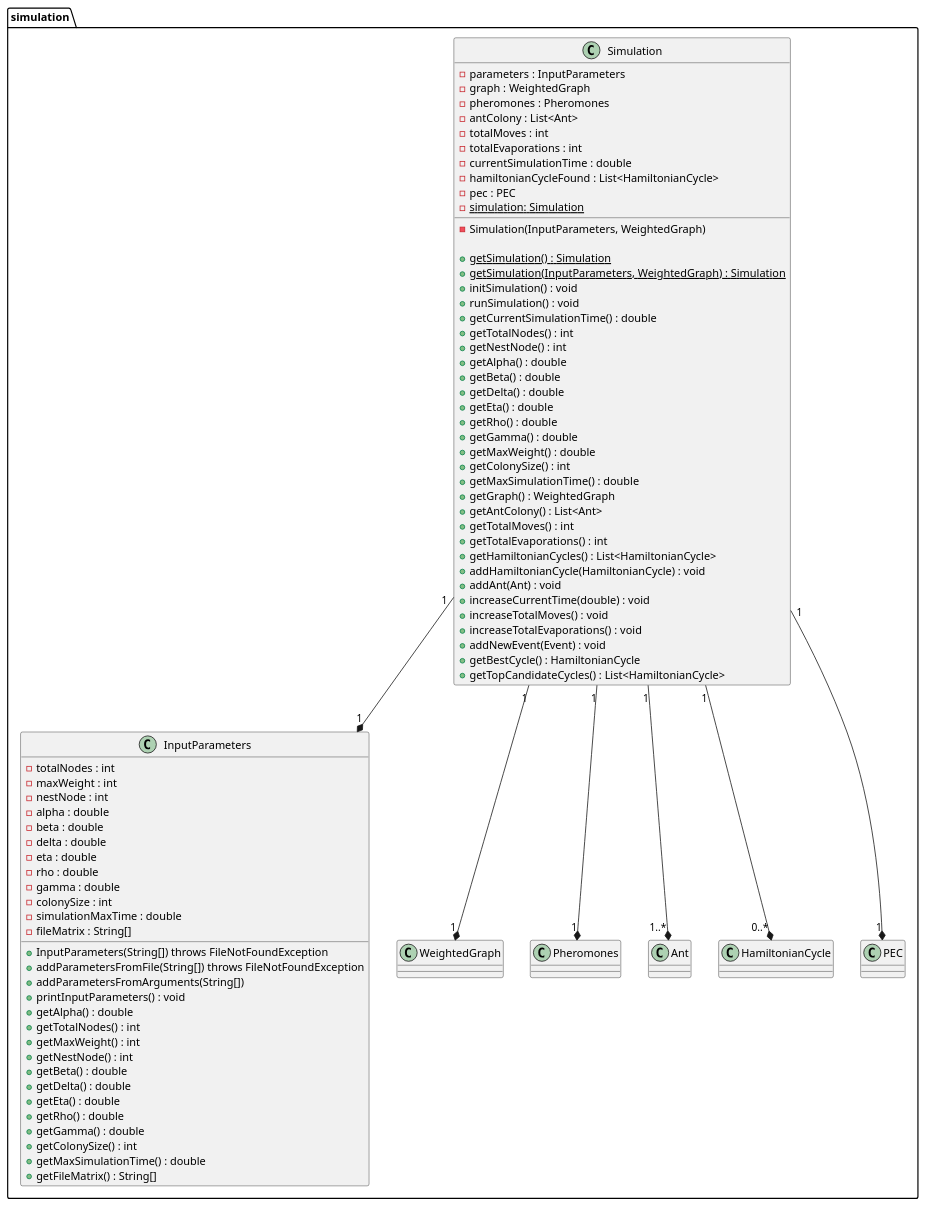
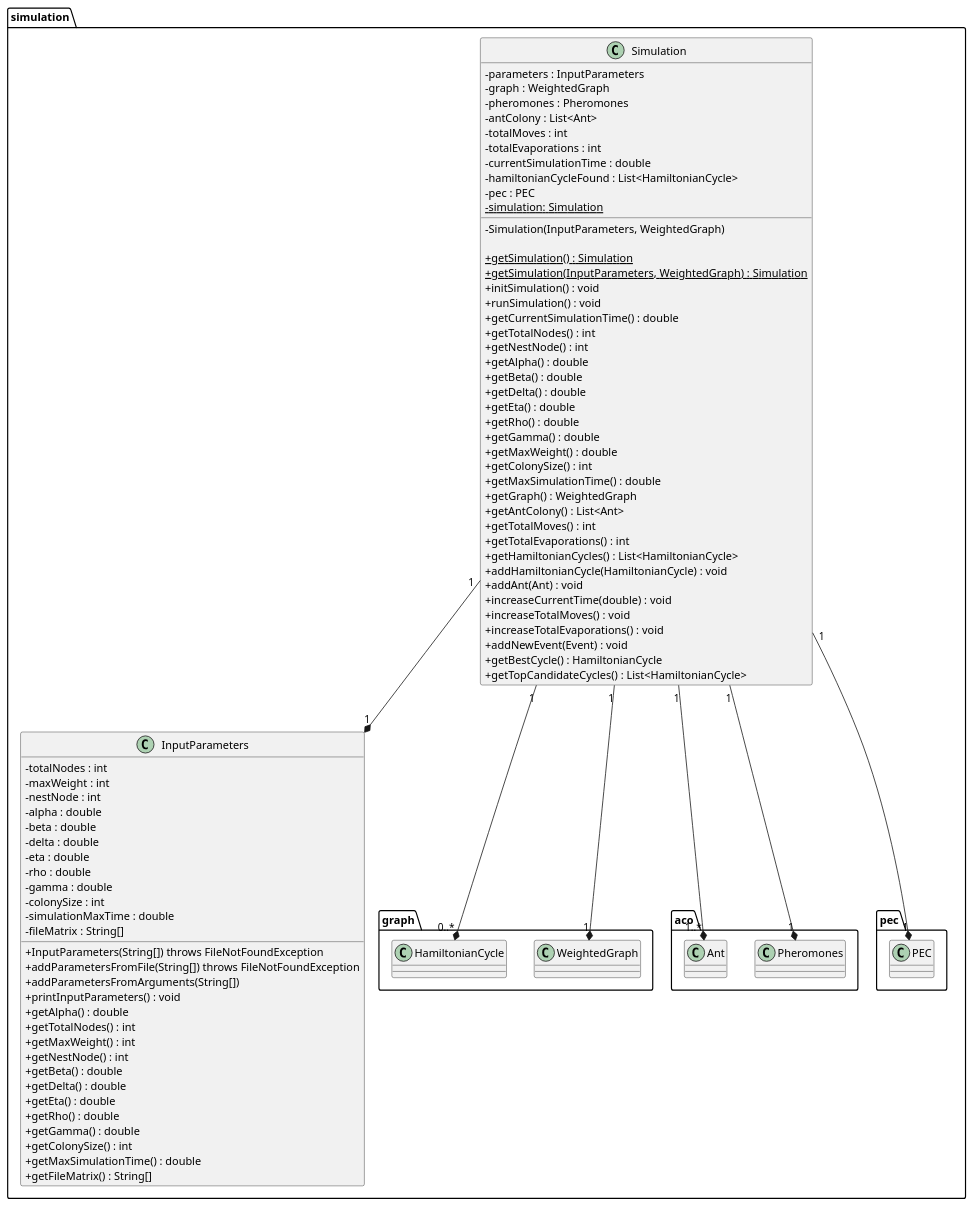
Before and after one commit to fredericocascais/oop-project: the diagram in uml/simulation.puml, drawn with PlantUML. The commit also changed 117 other files, not shown here.

```diff
--- a/uml/simulation.puml
+++ b/uml/simulation.puml
@@ -1,87 +1,88 @@
 @startuml
+skinparam classAttributeIconSize 0
 
 package simulation {
     class InputParameters {
         + InputParameters(String[]) throws FileNotFoundException
         + addParametersFromFile(String[]) throws FileNotFoundException
         + addParametersFromArguments(String[])
         + printInputParameters() : void
         + getAlpha() : double
         + getTotalNodes() : int
         + getMaxWeight() : int
         + getNestNode() : int
         + getBeta() : double
         + getDelta() : double
         + getEta() : double
         + getRho() : double
         + getGamma() : double
         + getColonySize() : int
         + getMaxSimulationTime() : double
         + getFileMatrix() : String[]
         - totalNodes : int
         - maxWeight : int
         - nestNode : int
         - alpha : double
         - beta : double
         - delta : double
         - eta : double
         - rho : double
         - gamma : double
         - colonySize : int
         - simulationMaxTime : double
         - fileMatrix : String[]
     }
 
     class Simulation {
         - parameters : InputParameters
         - graph : WeightedGraph
         - pheromones : Pheromones
         - antColony : List<Ant>
         - totalMoves : int
         - totalEvaporations : int
         - currentSimulationTime : double
         - hamiltonianCycleFound : List<HamiltonianCycle>
         - pec : PEC
         {static} - simulation: Simulation
         - Simulation(InputParameters, WeightedGraph)
 
         {static} + getSimulation() : Simulation
         {static} + getSimulation(InputParameters, WeightedGraph) : Simulation
         + initSimulation() : void
         + runSimulation() : void
         + getCurrentSimulationTime() : double
         + getTotalNodes() : int
         + getNestNode() : int
         + getAlpha() : double
         + getBeta() : double
         + getDelta() : double
         + getEta() : double
         + getRho() : double
         + getGamma() : double
         + getMaxWeight() : double
         + getColonySize() : int
         + getMaxSimulationTime() : double
         + getGraph() : WeightedGraph
         + getAntColony() : List<Ant>
         + getTotalMoves() : int
         + getTotalEvaporations() : int
         + getHamiltonianCycles() : List<HamiltonianCycle>
         + addHamiltonianCycle(HamiltonianCycle) : void
         + addAnt(Ant) : void
         + increaseCurrentTime(double) : void
         + increaseTotalMoves() : void
         + increaseTotalEvaporations() : void
         + addNewEvent(Event) : void
         + getBestCycle() : HamiltonianCycle
         + getTopCandidateCycles() : List<HamiltonianCycle>
     }
   
     Simulation "1" --* "1" InputParameters
-    Simulation "1" --* "1" WeightedGraph
-    Simulation "1" --* "1" Pheromones
-    Simulation "1" --* "1..*" Ant
-    Simulation "1" --* "0..*" HamiltonianCycle
-    Simulation "1" --* "1" PEC
+    Simulation "1" --* "1" graph.WeightedGraph
+    Simulation "1" --* "1" aco.Pheromones
+    Simulation "1" --* "1..*" aco.Ant
+    Simulation "1" --* "0..*" graph.HamiltonianCycle
+    Simulation "1" --* "1" pec.PEC
 }
 
 @enduml
```
